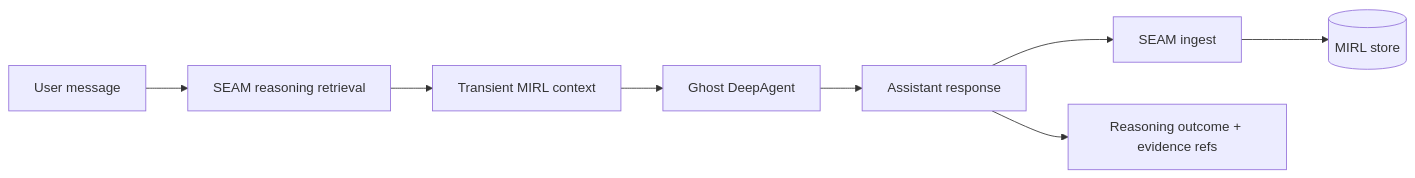
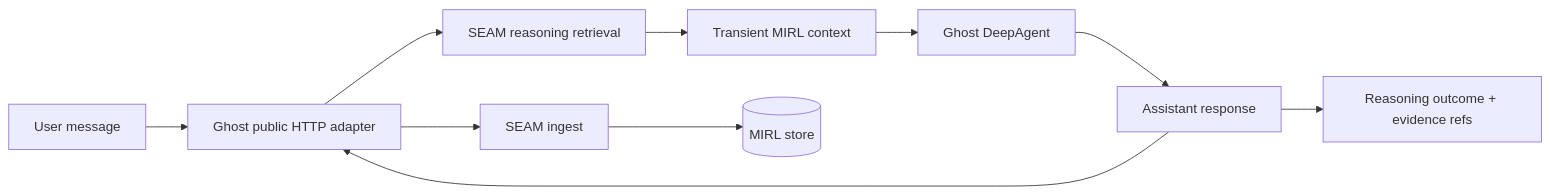
One commit to Canticle-AI-Research/Ghost changed the diagram in README.md. Above: the diagram before and after it, drawn with Mermaid. The commit also changed other lines of this file and 50 other files, not shown here.

Commit message:
feat: use opaque public SEAM transport

````diff
--- a/README.md
+++ b/README.md
@@ -53,10 +55,12 @@
 ```mermaid
 flowchart LR
-    U[User message] --> R[SEAM reasoning retrieval]
+    U[User message] --> H[Ghost public HTTP adapter]
+    H --> R[SEAM reasoning retrieval]
     R --> M[Transient MIRL context]
     M --> G[Ghost DeepAgent]
     G --> A[Assistant response]
-    A --> I[SEAM ingest]
+    A --> H
+    H --> I[SEAM ingest]
     I --> D[(MIRL store)]
     A --> P[Reasoning outcome + evidence refs]
 ```
````
